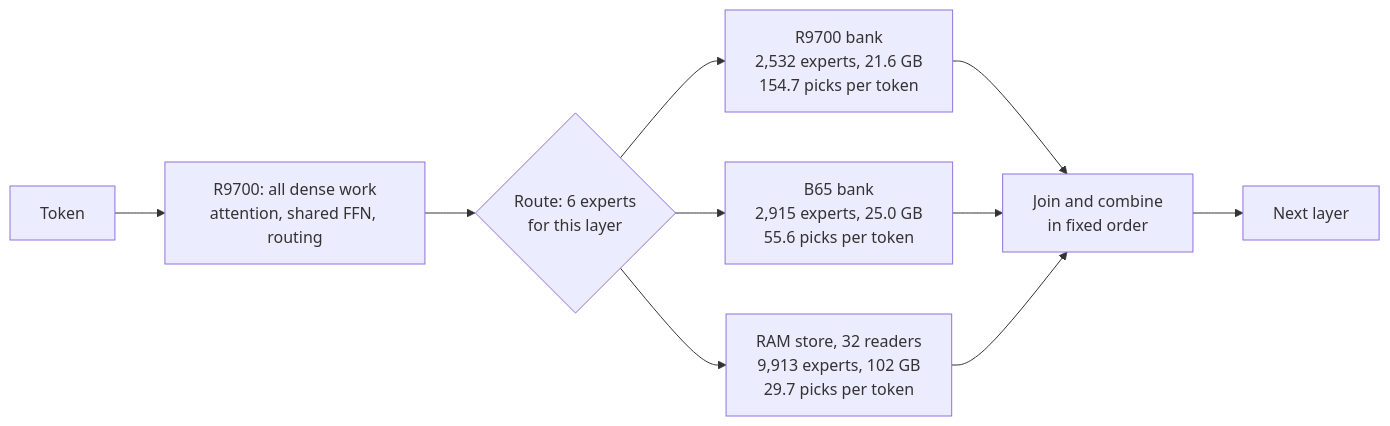
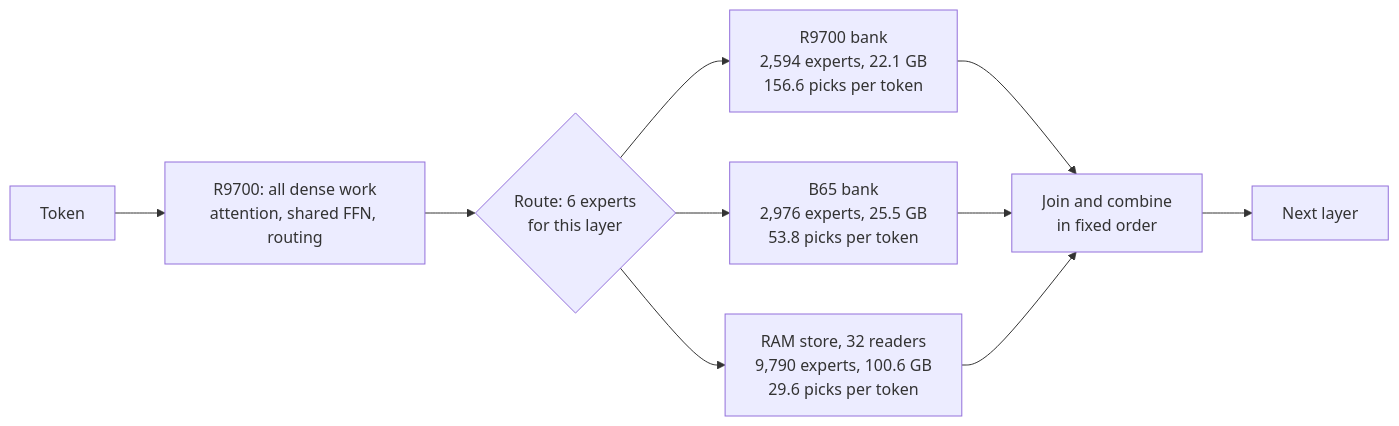
The diagram in README.md (maddinek/crosslane), drawn with Mermaid before and after one commit. The commit also changed other lines of this file and 1 other file, not shown here.

First line of the commit message:
Refresh a17 memory and token budget from the ten-answer raw counters

````diff
--- a/README.md
+++ b/README.md
@@ -28,12 +28,12 @@
 ```mermaid
 flowchart LR
     T[Token] --> D["R9700: all dense work<br/>attention, shared FFN, routing"]
     D --> R{"Route: 6 experts<br/>for this layer"}
-    R --> A["R9700 bank<br/>2,532 experts, 21.6 GB<br/>154.7 picks per token"]
-    R --> B["B65 bank<br/>2,915 experts, 25.0 GB<br/>55.6 picks per token"]
-    R --> C["RAM store, 32 readers<br/>9,913 experts, 102 GB<br/>29.7 picks per token"]
+    R --> A["R9700 bank<br/>2,594 experts, 22.1 GB<br/>156.6 picks per token"]
+    R --> B["B65 bank<br/>2,976 experts, 25.5 GB<br/>53.8 picks per token"]
+    R --> C["RAM store, 32 readers<br/>9,790 experts, 100.6 GB<br/>29.6 picks per token"]
     A --> J["Join and combine<br/>in fixed order"]
     B --> J
     C --> J
     J --> N[Next layer]
 ```
````
